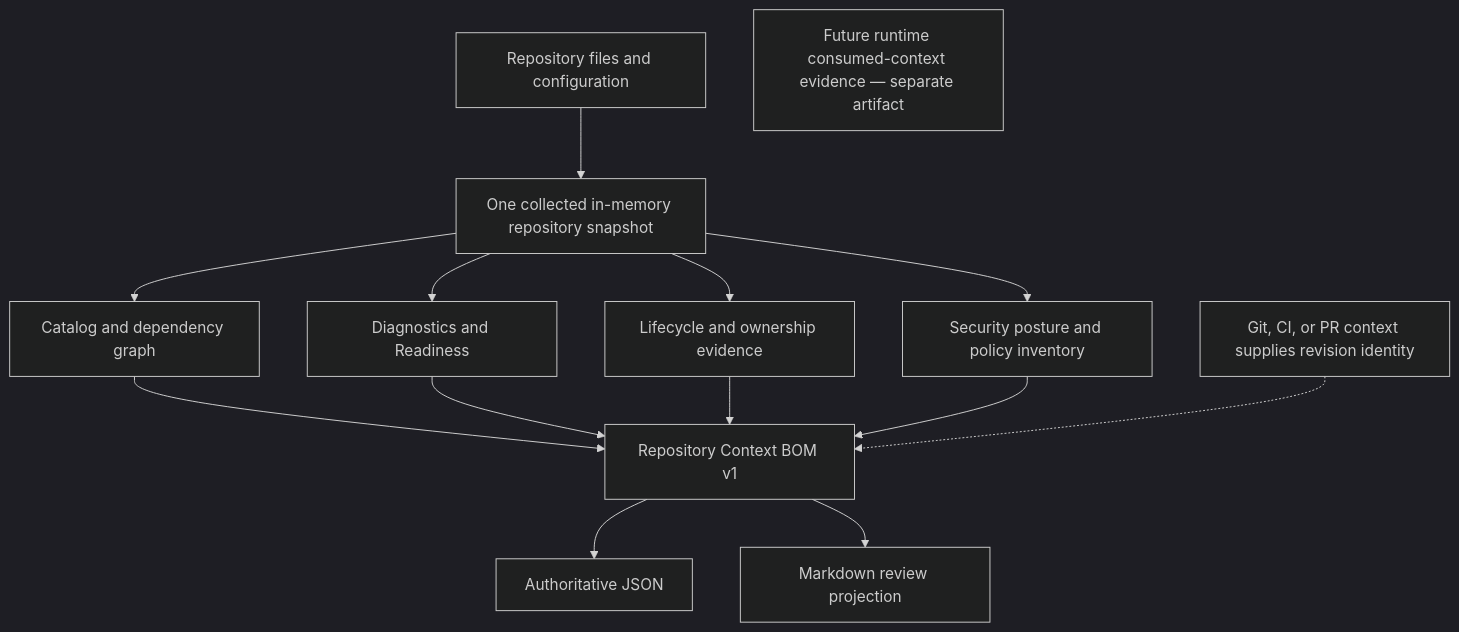
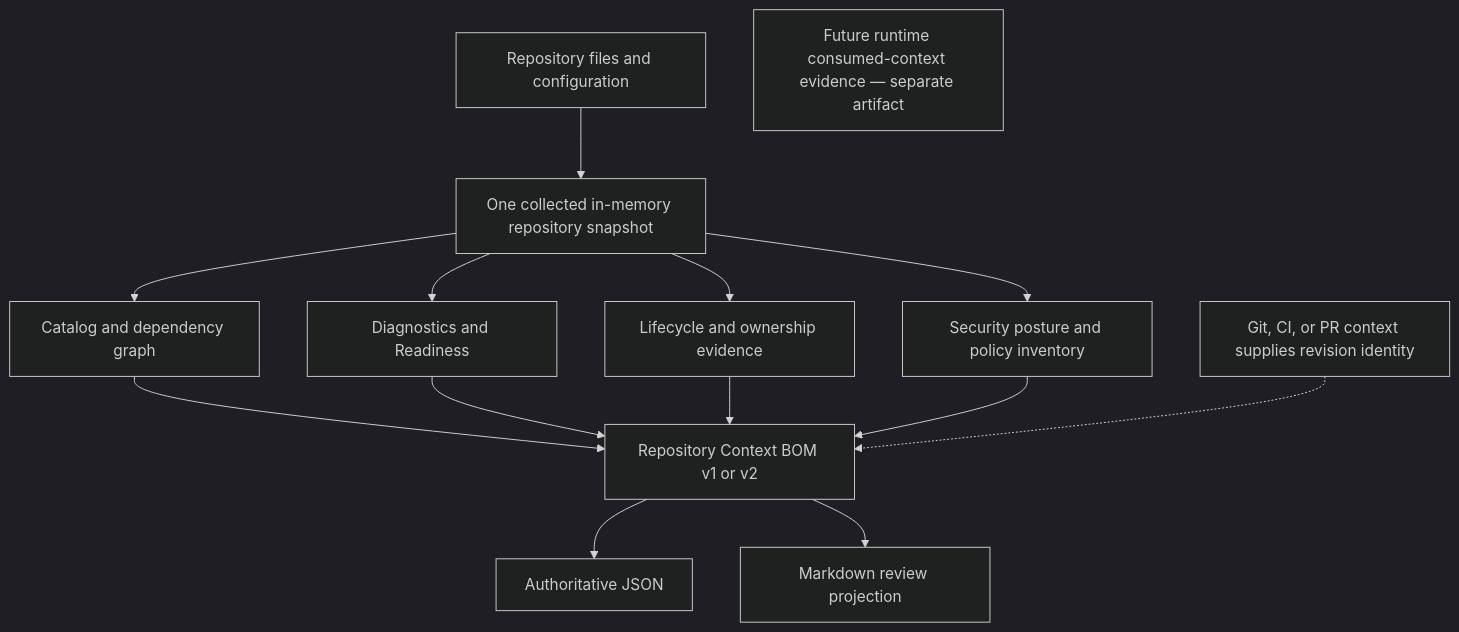
The diagram in docs/repository-context-bom.md (KazuCocoa/renma), drawn with Mermaid (dark theme) before and after one commit. The commit also changed other lines of this file and 38 other files, not shown here.

Commit message:
feat!: add versioned BOM and Trust Graph ownership contracts

````diff
--- a/docs/repository-context-bom.md
+++ b/docs/repository-context-bom.md
@@ -7,26 +7,26 @@
 ```mermaid
 flowchart TD
   Sources["Repository files and configuration"]
   Snapshot["One collected in-memory repository snapshot"]
   Catalog["Catalog and dependency graph"]
   Diagnostics["Diagnostics and Readiness"]
   Governance["Lifecycle and ownership evidence"]
   Security["Security posture and policy inventory"]
-  Bom["Repository Context BOM v1"]
+  Bom["Repository Context BOM v1 or v2"]
   Json["Authoritative JSON"]
   Markdown["Markdown review projection"]
   Revision["Git, CI, or PR context supplies revision identity"]
   Runtime["Future runtime consumed-context evidence — separate artifact"]
   Sources --> Snapshot
   Snapshot --> Catalog
   Snapshot --> Diagnostics
   Snapshot --> Governance
   Snapshot --> Security
   Catalog --> Bom
   Diagnostics --> Bom
   Governance --> Bom
   Security --> Bom
   Bom --> Json
   Bom --> Markdown
   Revision -.-> Bom
 ```
````
